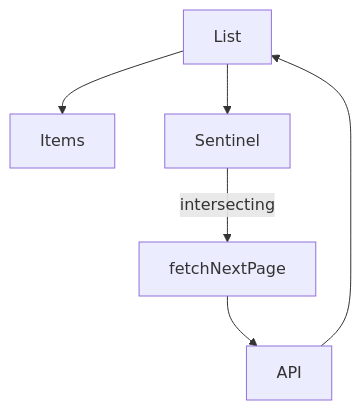
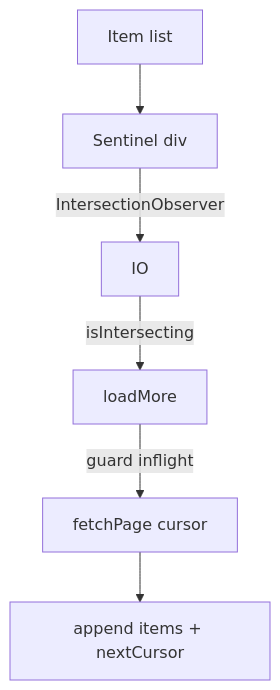
One commit to prajjwaljogdand/FullstackPreparation changed the first of 2 diagrams in docs/machine-coding/03-infinite-scroll.md. Above: the diagram before and after it, drawn with Mermaid. The commit also changed other lines of this file and 91 other files, not shown here.

````diff
--- a/docs/machine-coding/03-infinite-scroll.md
+++ b/docs/machine-coding/03-infinite-scroll.md
@@ -16,8 +29,8 @@
 ```mermaid
 flowchart TB
-  L[List] --> I[Items]
-  L --> S[Sentinel]
-  S -->|intersecting| F[fetchNextPage]
-  F --> API
-  API --> L
+  List[Item list] --> Sentinel[Sentinel div]
+  Sentinel -->|IntersectionObserver| IO
+  IO -->|isIntersecting| Loader[loadMore]
+  Loader -->|guard inflight| API[fetchPage cursor]
+  API --> Append[append items + nextCursor]
 ```
````
